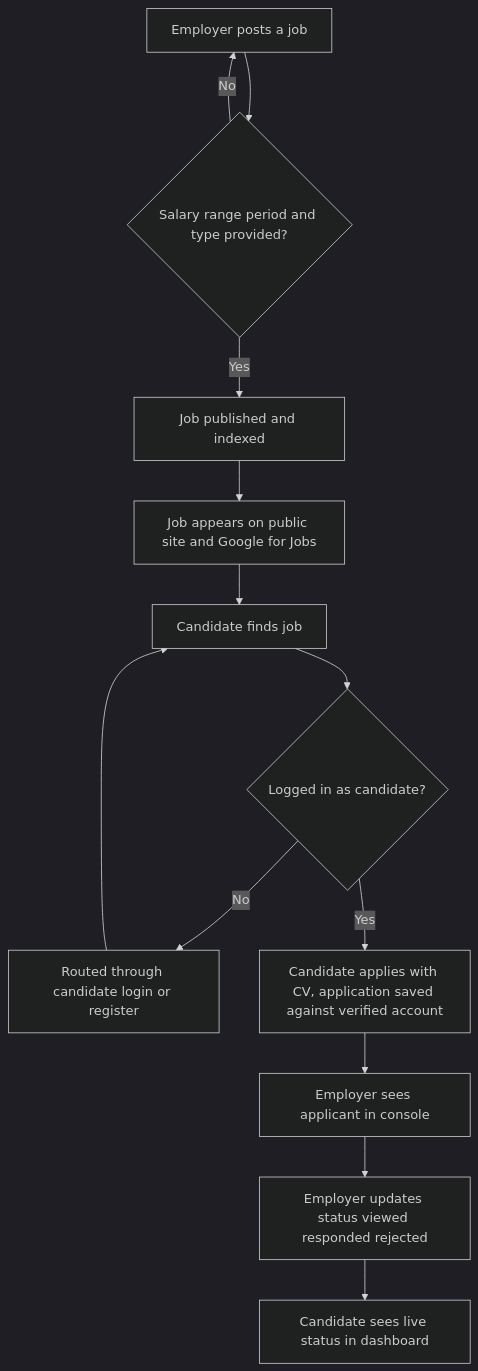
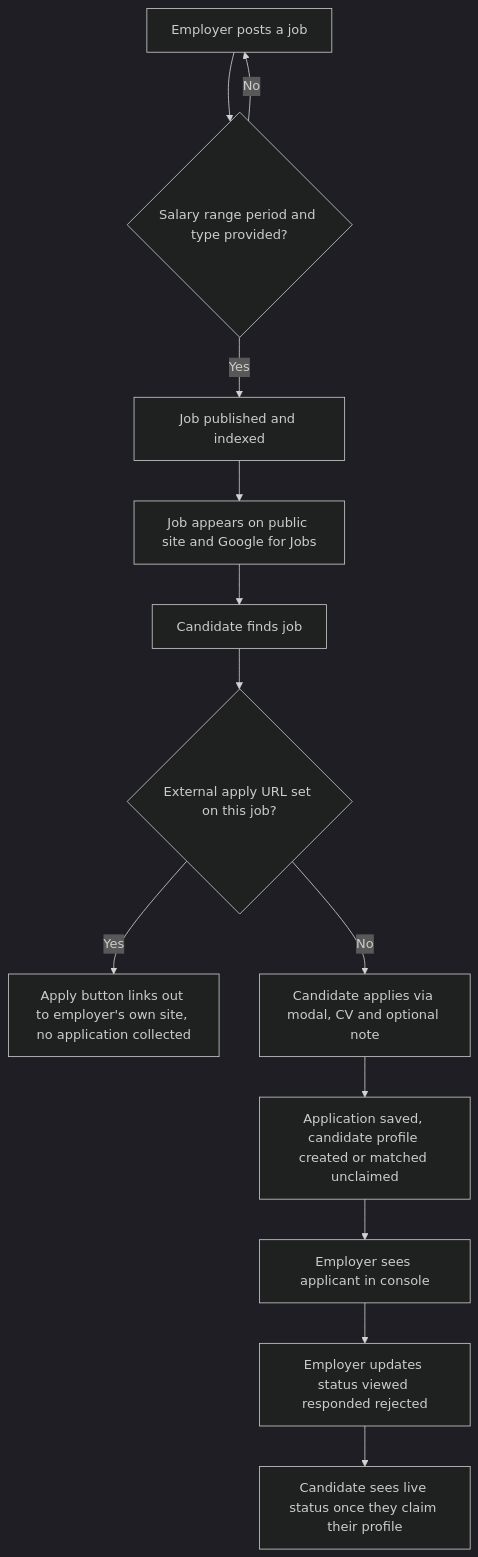
One commit to PABCon/soit changed the diagram in docs/flows/flow-a-core-loop.mmd. Above: the diagram before and after it, drawn with Mermaid (dark theme). The commit also changed 22 other files, not shown here.

```diff
--- a/docs/flows/flow-a-core-loop.mmd
+++ b/docs/flows/flow-a-core-loop.mmd
@@ -1,13 +1,13 @@
 flowchart TD
     A[Employer posts a job] --> B{Salary range period and type provided?}
     B -->|No| A
     B -->|Yes| C[Job published and indexed]
     C --> D[Job appears on public site and Google for Jobs]
     D --> E[Candidate finds job]
-    E --> F{Logged in as candidate?}
-    F -->|No| F2[Routed through candidate login or register]
-    F2 --> E
-    F -->|Yes| G[Candidate applies with CV, application saved against verified account]
-    G --> H[Employer sees applicant in console]
-    H --> I[Employer updates status viewed responded rejected]
-    I --> J[Candidate sees live status in dashboard]
+    E --> F{External apply URL set on this job?}
+    F -->|Yes| F3[Apply button links out to employer's own site, no application collected]
+    F -->|No| G[Candidate applies via modal, CV and optional note]
+    G --> H[Application saved, candidate profile created or matched unclaimed]
+    H --> I[Employer sees applicant in console]
+    I --> J[Employer updates status viewed responded rejected]
+    J --> K[Candidate sees live status once they claim their profile]
```
